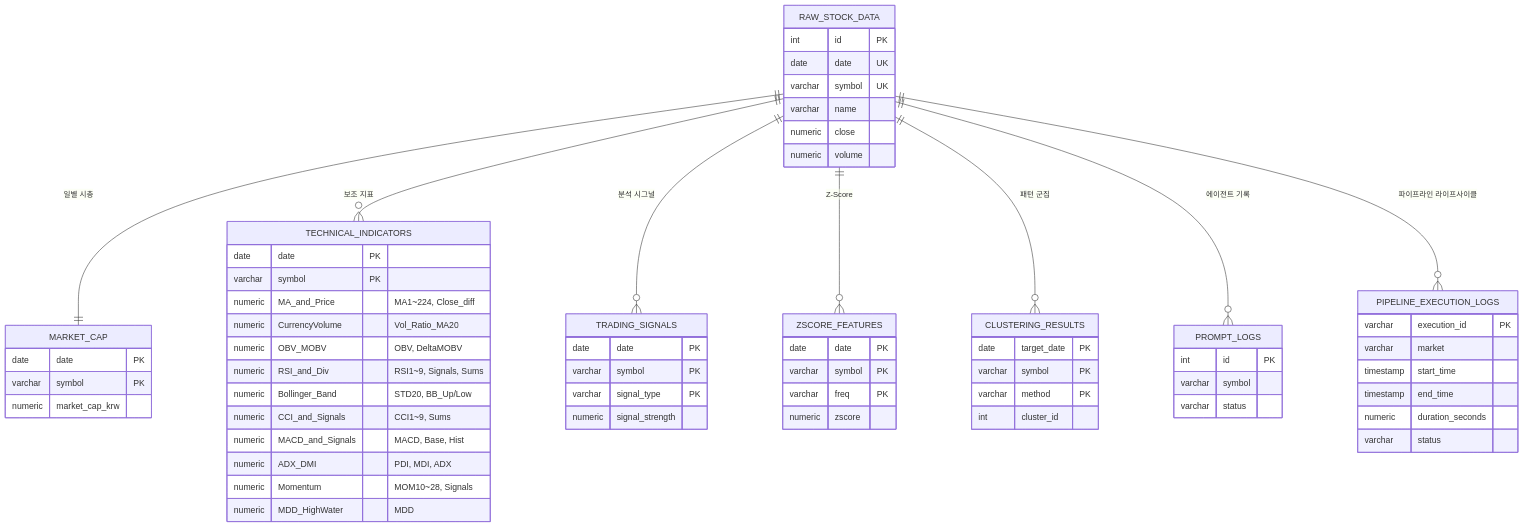
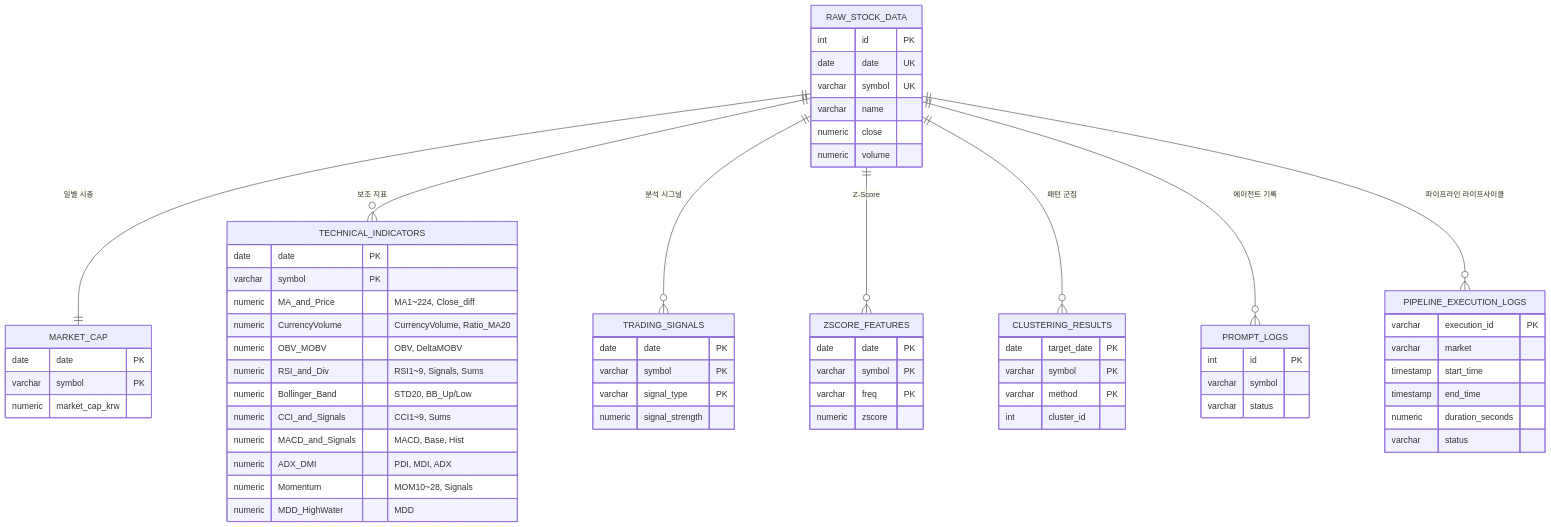
The second of 3 diagrams in README.md (hugingstar/ggeolmu), drawn with Mermaid before and after one commit. The commit also changed other lines of this file, not shown here.

Commit message:
docs: Add Reliability & Fault Tolerance section and update Mermaid diagrams

````diff
--- a/README.md
+++ b/README.md
@@ -82,77 +82,77 @@
 ```mermaid
 erDiagram
     RAW_STOCK_DATA {
         int id PK
         date date UK
         varchar symbol UK
         varchar name
         numeric close
         numeric volume
     }
 
     MARKET_CAP {
         date date PK
         varchar symbol PK
         numeric market_cap_krw
     }
 
     TECHNICAL_INDICATORS {
         date date PK
         varchar symbol PK
         numeric MA_and_Price "MA1~224, Close_diff"
-        numeric CurrencyVolume "Vol_Ratio_MA20"
+        numeric CurrencyVolume "CurrencyVolume, Ratio_MA20"
         numeric OBV_MOBV "OBV, DeltaMOBV"
         numeric RSI_and_Div "RSI1~9, Signals, Sums"
         numeric Bollinger_Band "STD20, BB_Up/Low"
         numeric CCI_and_Signals "CCI1~9, Sums"
         numeric MACD_and_Signals "MACD, Base, Hist"
         numeric ADX_DMI "PDI, MDI, ADX"
         numeric Momentum "MOM10~28, Signals"
         numeric MDD_HighWater "MDD"
     }
 
     TRADING_SIGNALS {
         date date PK
         varchar symbol PK
         varchar signal_type PK
         numeric signal_strength
     }
 
     ZSCORE_FEATURES {
         date date PK
         varchar symbol PK
         varchar freq PK
         numeric zscore
     }
 
     CLUSTERING_RESULTS {
         date target_date PK
         varchar symbol PK
         varchar method PK
         int cluster_id
     }
 
     PROMPT_LOGS {
         int id PK
         varchar symbol
         varchar status
     }
 
     PIPELINE_EXECUTION_LOGS {
         varchar execution_id PK
         varchar market
         timestamp start_time
         timestamp end_time
         numeric duration_seconds
         varchar status
     }
 
     %% 수직 순차 방사형 관계 배치
     RAW_STOCK_DATA ||--|| MARKET_CAP : "일별 시총"
     RAW_STOCK_DATA ||--o{ TECHNICAL_INDICATORS : "보조 지표"
     RAW_STOCK_DATA ||--o{ TRADING_SIGNALS : "분석 시그널"
     RAW_STOCK_DATA ||--o{ ZSCORE_FEATURES : "Z-Score"
     RAW_STOCK_DATA ||--o{ CLUSTERING_RESULTS : "패턴 군집"
     RAW_STOCK_DATA ||--o{ PROMPT_LOGS : "에이전트 기록"
     RAW_STOCK_DATA ||--o{ PIPELINE_EXECUTION_LOGS : "파이프라인 라이프사이클"
 ```
````
